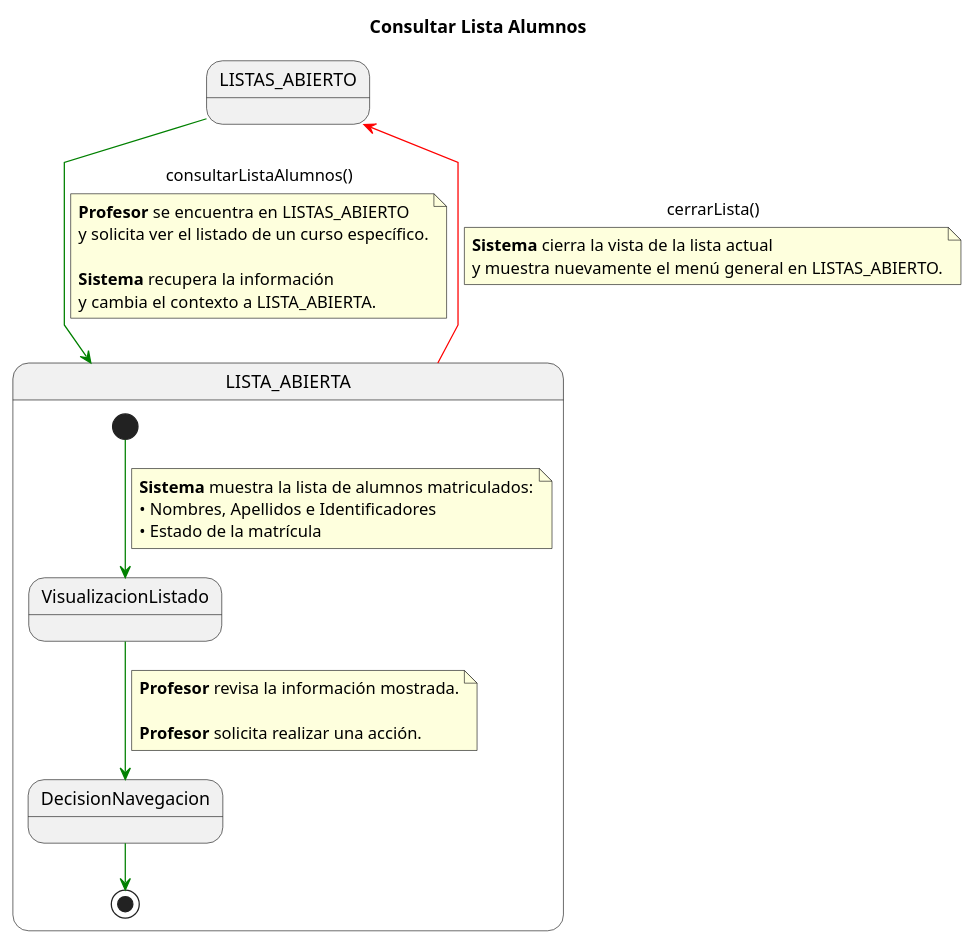
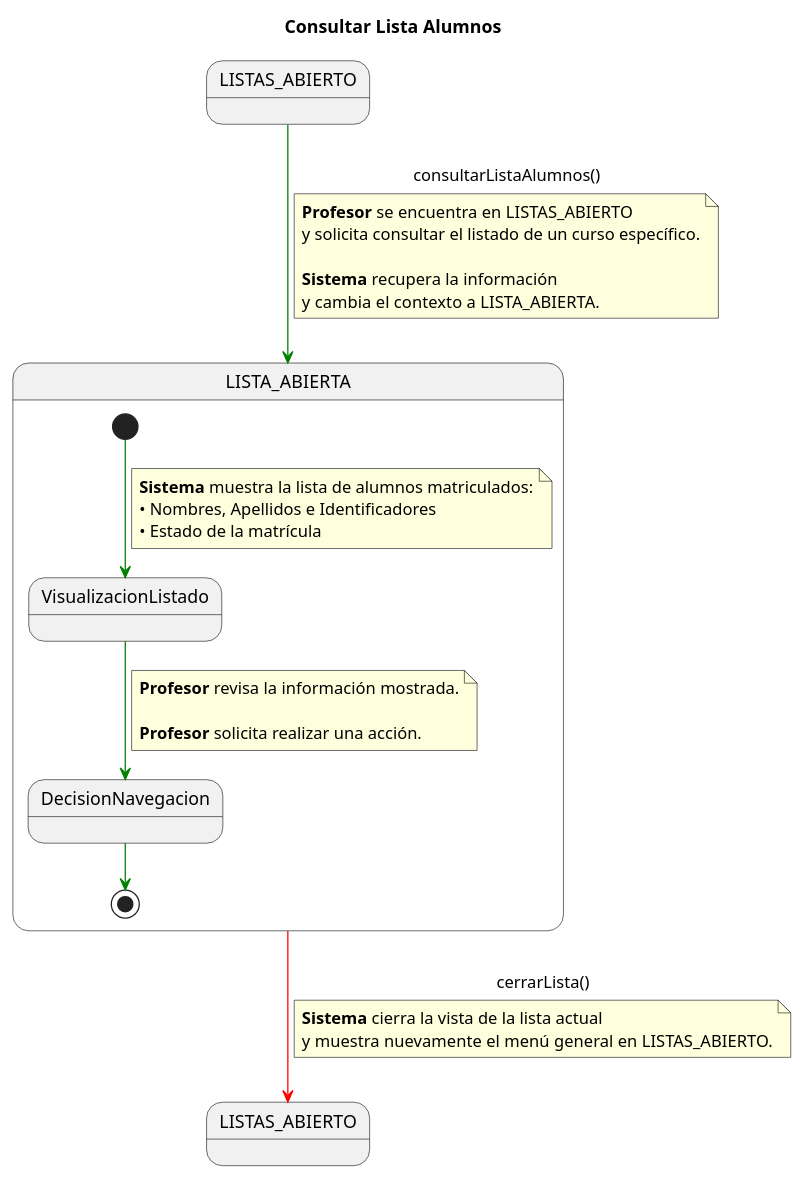
Before and after one commit to enmabry/25-26-IdSw1-SdR: the diagram in documents/CasosDeUso/DetalladoCasosDeUso/Profesor/consultarListaAlumnos.puml, drawn with PlantUML. The commit also changed 21 other files, not shown here.

```diff
--- a/documents/CasosDeUso/DetalladoCasosDeUso/Profesor/consultarListaAlumnos.puml
+++ b/documents/CasosDeUso/DetalladoCasosDeUso/Profesor/consultarListaAlumnos.puml
@@ -1,46 +1,47 @@
 @startuml
 title Consultar Lista Alumnos
 skinparam linetype polyline
 
-state LISTAS_ABIERTO as "LISTAS_ABIERTO"
+state LISTAS_ABIERTO_INICIAL as "LISTAS_ABIERTO"
+state LISTAS_ABIERTO_FINAL as "LISTAS_ABIERTO"
 state LISTA_ABIERTA as "LISTA_ABIERTA"
 
 
-LISTAS_ABIERTO -[#green]-> LISTA_ABIERTA : consultarListaAlumnos()
+LISTAS_ABIERTO_INICIAL -[#green]-> LISTA_ABIERTA : consultarListaAlumnos()
 note on link
 <b>Profesor</b> se encuentra en LISTAS_ABIERTO
-y solicita ver el listado de un curso específico.
+y solicita consultar el listado de un curso específico.
 
 <b>Sistema</b> recupera la información
 y cambia el contexto a LISTA_ABIERTA.
 end note
 
 state LISTA_ABIERTA as "LISTA_ABIERTA" {
 
     state VisualizacionListado
     state DecisionNavegacion
 
     [*] -[#green]-> VisualizacionListado
     note on link
     <b>Sistema</b> muestra la lista de alumnos matriculados:
     • Nombres, Apellidos e Identificadores
     • Estado de la matrícula
     end note
 
     VisualizacionListado -[#green]-> DecisionNavegacion
     note on link
     <b>Profesor</b> revisa la información mostrada.
 
     <b>Profesor</b> solicita realizar una acción.
     end note
 
     DecisionNavegacion -[#green]-> [*]
 }
 
-LISTA_ABIERTA -[#red]-> LISTAS_ABIERTO : cerrarLista()
+LISTA_ABIERTA -[#red]-> LISTAS_ABIERTO_FINAL : cerrarLista()
 note on link
 <b>Sistema</b> cierra la vista de la lista actual
 y muestra nuevamente el menú general en LISTAS_ABIERTO.
 end note
 
 @enduml
```
